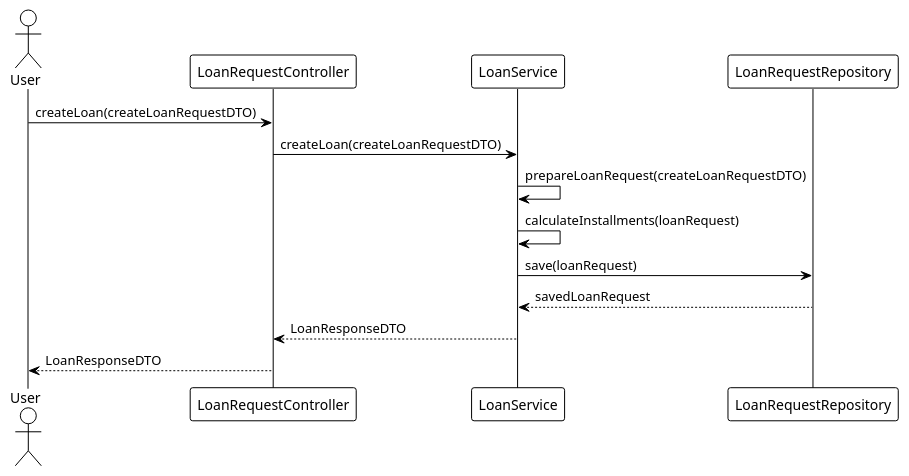
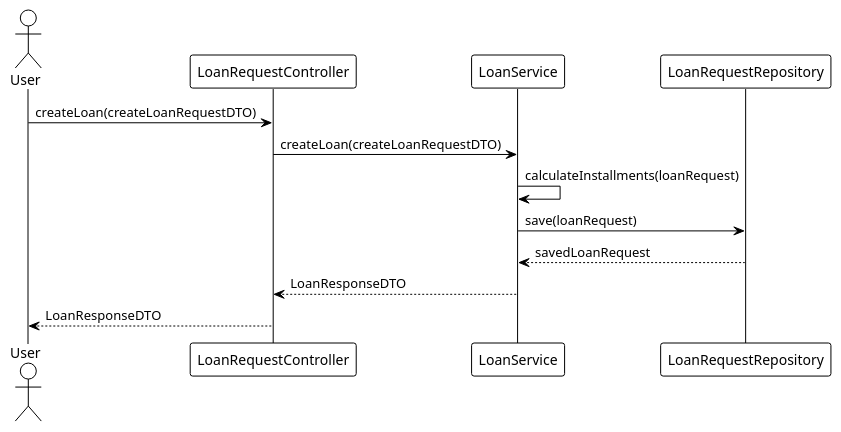
Before and after one commit to isidorakandic/loan-calculator: the diagram in diagrams/sequence-diagram.puml, drawn with PlantUML. The commit also changed 1 other file, not shown here.

Commit message:
update sequence diagram

```diff
--- a/diagrams/sequence-diagram.puml
+++ b/diagrams/sequence-diagram.puml
@@ -1,16 +1,15 @@
 @startuml
 !theme plain
 actor User
 participant LoanRequestController
 participant LoanService
 participant LoanRequestRepository
 
 User -> LoanRequestController : createLoan(createLoanRequestDTO)
 LoanRequestController -> LoanService : createLoan(createLoanRequestDTO)
-LoanService -> LoanService : prepareLoanRequest(createLoanRequestDTO)
 LoanService -> LoanService : calculateInstallments(loanRequest)
 LoanService -> LoanRequestRepository : save(loanRequest)
 LoanRequestRepository --> LoanService : savedLoanRequest
 LoanService --> LoanRequestController : LoanResponseDTO
 LoanRequestController --> User : LoanResponseDTO
 @enduml
```
